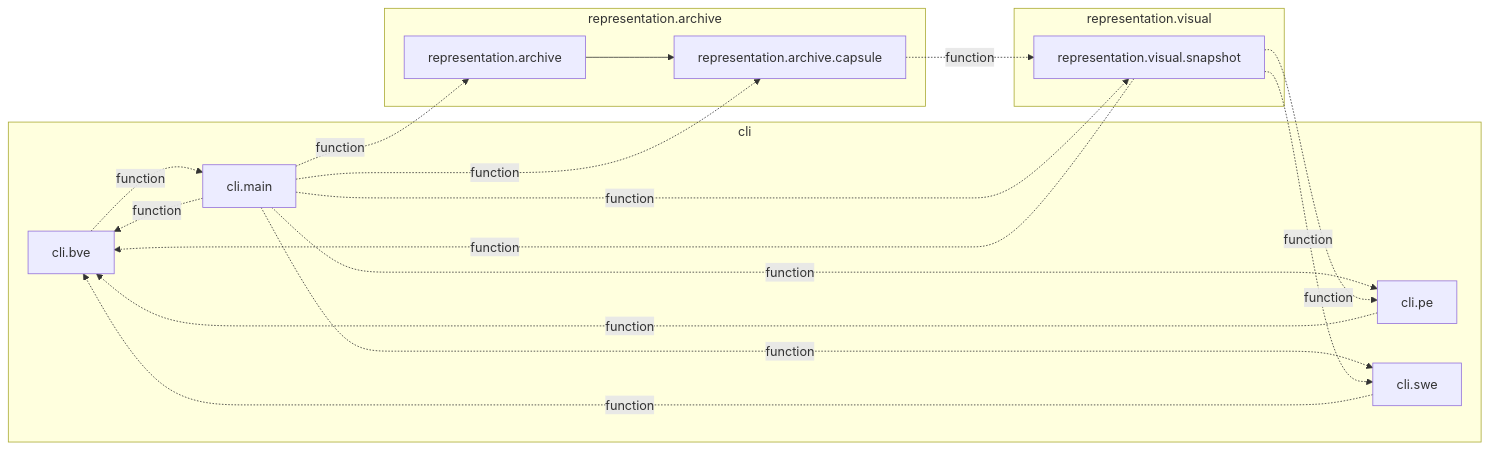
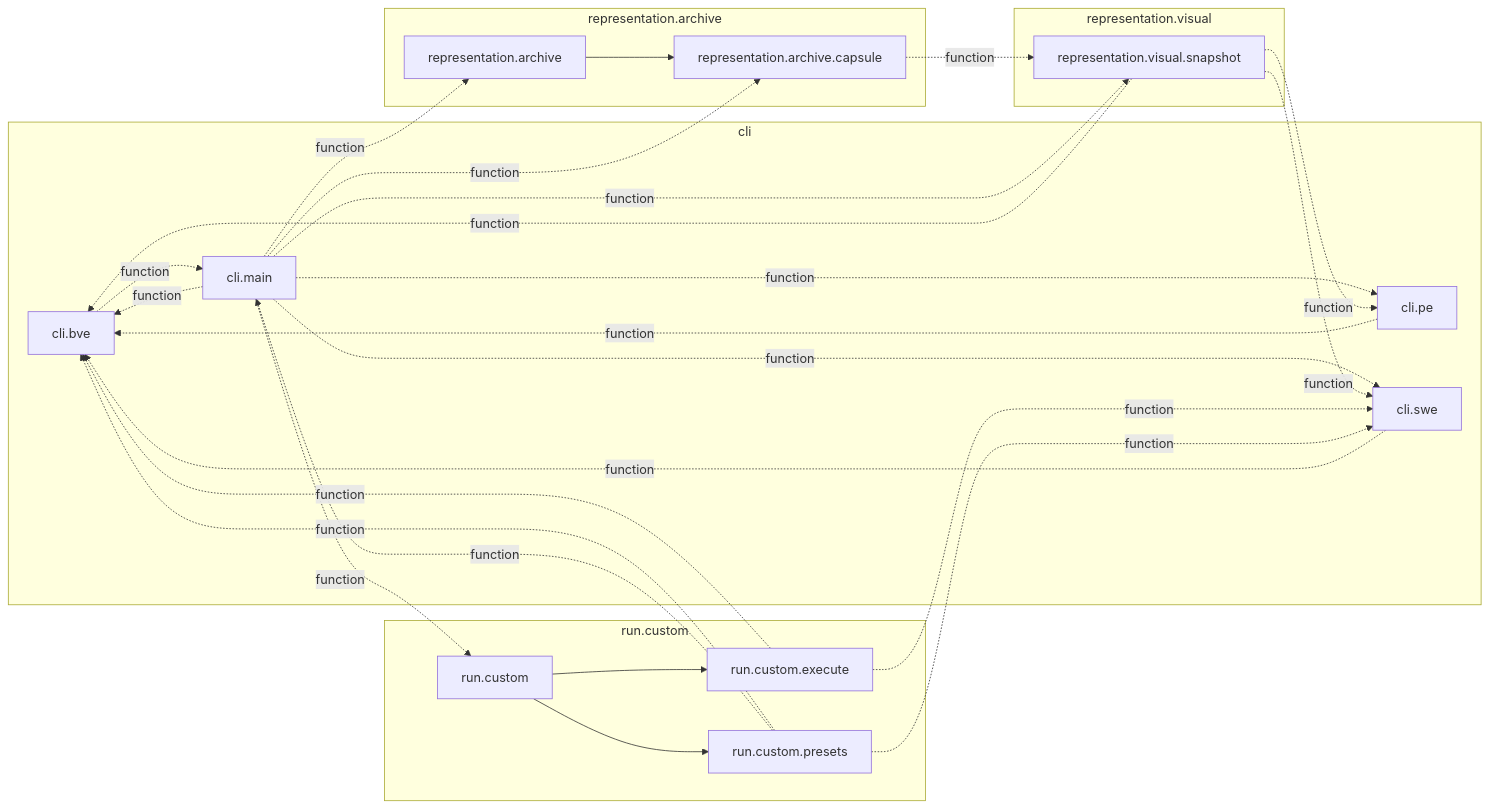
The diagram in docs/architecture/current/modules-cycles.mmd (AlexandreEros/Palintropos), drawn with Mermaid before and after one commit. The commit also changed 16 other files, not shown here.

First line of the commit message:
fix(custom): make initial-state overwrite recoverable; add --initial-state to tropoi run

```diff
--- a/docs/architecture/current/modules-cycles.mmd
+++ b/docs/architecture/current/modules-cycles.mmd
@@ -1,30 +1,43 @@
 %% Generated by tools.architecture 1.0.0. Do not edit by hand.
 %% Modules in nontrivial strongly connected components (import cycles), grouped by package. Dashed: edge made only of function-scope or TYPE_CHECKING imports.
 flowchart LR
     subgraph g_tropoi_ocli["cli"]
         n_tropoi_ocli_obve["cli.bve"]
         n_tropoi_ocli_omain["cli.main"]
         n_tropoi_ocli_ope["cli.pe"]
         n_tropoi_ocli_oswe["cli.swe"]
     end
     subgraph g_tropoi_orepresentation_oarchive["representation.archive"]
         n_tropoi_orepresentation_oarchive["representation.archive"]
         n_tropoi_orepresentation_oarchive_ocapsule["representation.archive.capsule"]
     end
     subgraph g_tropoi_orepresentation_ovisual["representation.visual"]
         n_tropoi_orepresentation_ovisual_osnapshot["representation.visual.snapshot"]
     end
+    subgraph g_tropoi_orun_ocustom["run.custom"]
+        n_tropoi_orun_ocustom["run.custom"]
+        n_tropoi_orun_ocustom_oexecute["run.custom.execute"]
+        n_tropoi_orun_ocustom_opresets["run.custom.presets"]
+    end
     n_tropoi_ocli_obve -.->|function| n_tropoi_ocli_omain
     n_tropoi_ocli_omain -.->|function| n_tropoi_ocli_obve
     n_tropoi_ocli_omain -.->|function| n_tropoi_ocli_ope
     n_tropoi_ocli_omain -.->|function| n_tropoi_ocli_oswe
     n_tropoi_ocli_omain -.->|function| n_tropoi_orepresentation_oarchive
     n_tropoi_ocli_omain -.->|function| n_tropoi_orepresentation_oarchive_ocapsule
     n_tropoi_ocli_omain -.->|function| n_tropoi_orepresentation_ovisual_osnapshot
+    n_tropoi_ocli_omain -.->|function| n_tropoi_orun_ocustom
     n_tropoi_ocli_ope -.->|function| n_tropoi_ocli_obve
     n_tropoi_ocli_oswe -.->|function| n_tropoi_ocli_obve
     n_tropoi_orepresentation_oarchive --> n_tropoi_orepresentation_oarchive_ocapsule
     n_tropoi_orepresentation_oarchive_ocapsule -.->|function| n_tropoi_orepresentation_ovisual_osnapshot
     n_tropoi_orepresentation_ovisual_osnapshot -.->|function| n_tropoi_ocli_obve
     n_tropoi_orepresentation_ovisual_osnapshot -.->|function| n_tropoi_ocli_ope
     n_tropoi_orepresentation_ovisual_osnapshot -.->|function| n_tropoi_ocli_oswe
+    n_tropoi_orun_ocustom --> n_tropoi_orun_ocustom_oexecute
+    n_tropoi_orun_ocustom --> n_tropoi_orun_ocustom_opresets
+    n_tropoi_orun_ocustom_oexecute -.->|function| n_tropoi_ocli_obve
+    n_tropoi_orun_ocustom_oexecute -.->|function| n_tropoi_ocli_oswe
+    n_tropoi_orun_ocustom_opresets -.->|function| n_tropoi_ocli_obve
+    n_tropoi_orun_ocustom_opresets -.->|function| n_tropoi_ocli_omain
+    n_tropoi_orun_ocustom_opresets -.->|function| n_tropoi_ocli_oswe
```
